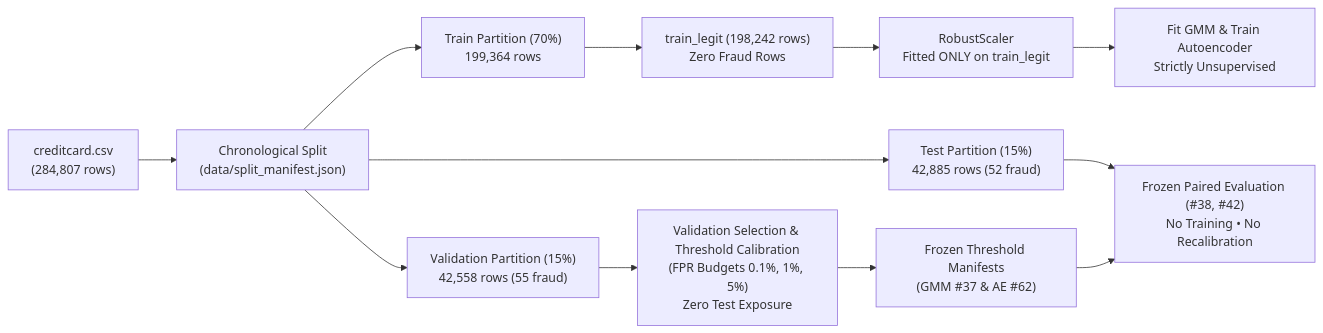
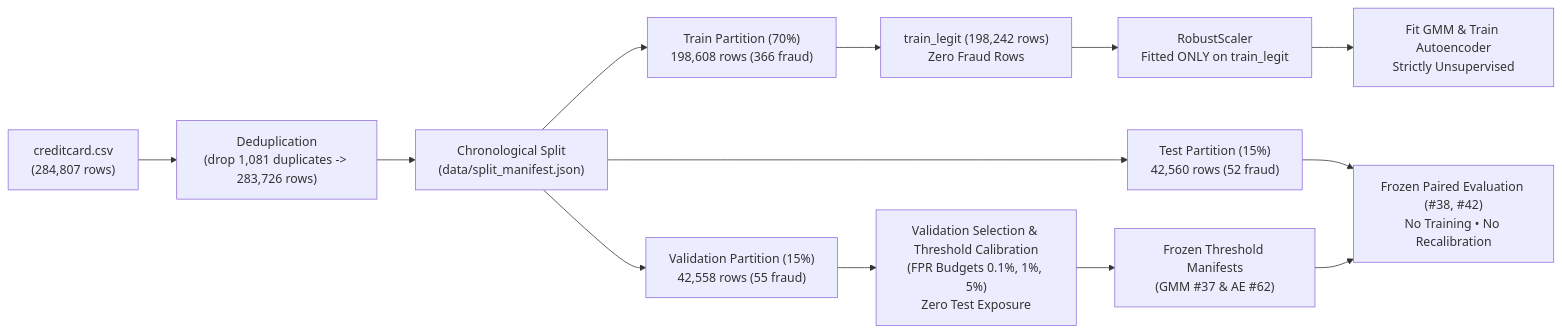
One commit to WizardCarp85/Card-Fraud-Triage-ML-DL changed the first of 3 diagrams in README.md. Above: the diagram before and after it, drawn with Mermaid. The commit also changed other lines of this file and 7 other files, not shown here.

````diff
--- a/README.md
+++ b/README.md
@@ -45,14 +45,15 @@
 ```mermaid
 flowchart LR
-    Raw["creditcard.csv\n(284,807 rows)"] --> Split["Chronological Split\n(data/split_manifest.json)"]
-    Split --> Train["Train Partition (70%)\n199,364 rows"]
+    Raw["creditcard.csv\n(284,807 rows)"] --> Dedup["Deduplication\n(drop 1,081 duplicates -> 283,726 rows)"]
+    Dedup --> Split["Chronological Split\n(data/split_manifest.json)"]
+    Split --> Train["Train Partition (70%)\n198,608 rows (366 fraud)"]
     Split --> Val["Validation Partition (15%)\n42,558 rows (55 fraud)"]
-    Split --> Test["Test Partition (15%)\n42,885 rows (52 fraud)"]
+    Split --> Test["Test Partition (15%)\n42,560 rows (52 fraud)"]
     Train --> TrainLegit["train_legit (198,242 rows)\nZero Fraud Rows"]
     TrainLegit --> Preprocessing["RobustScaler\nFitted ONLY on train_legit"]
     Preprocessing --> Models["Fit GMM & Train Autoencoder\nStrictly Unsupervised"]
     Val --> Calib["Validation Selection & Threshold Calibration\n(FPR Budgets 0.1%, 1%, 5%)\nZero Test Exposure"]
     Calib --> FrozenPolicies["Frozen Threshold Manifests\n(GMM #37 & AE #62)"]
     Test --> FinalEval["Frozen Paired Evaluation (#38, #42)\nNo Training • No Recalibration"]
     FrozenPolicies --> FinalEval
 ```
````
